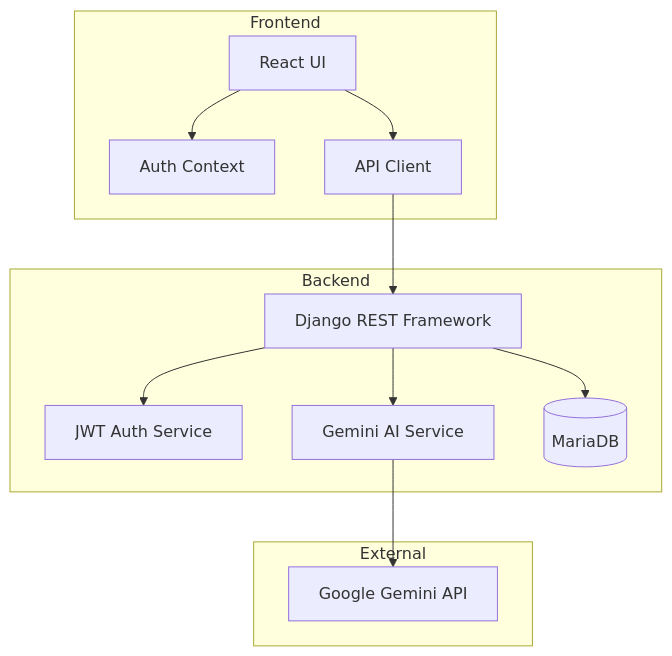
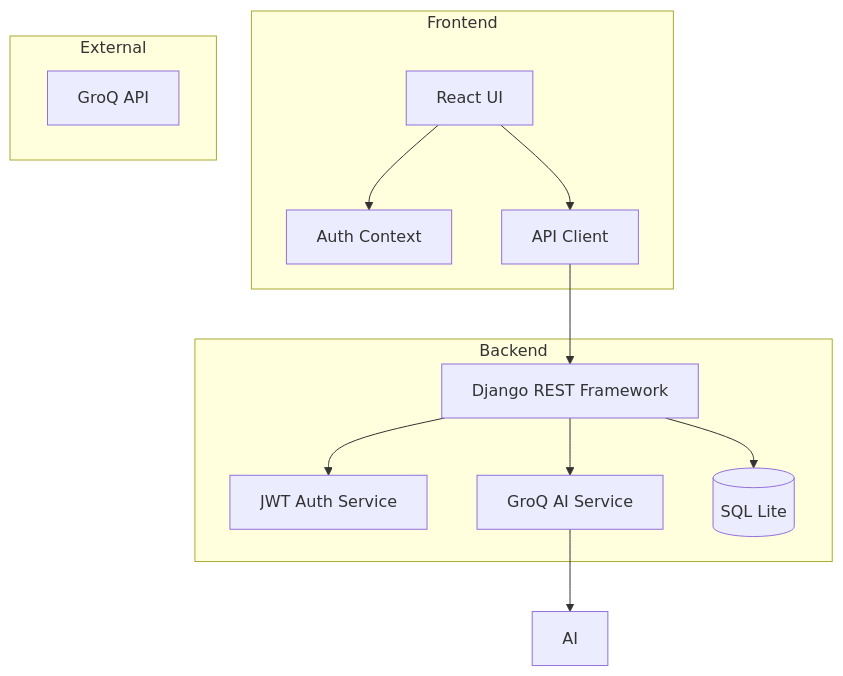
The first of 2 diagrams in README.md (TeddyJubu/Travel-Itinerary-Planner), drawn with Mermaid before and after one commit. The commit also changed other lines of this file, not shown here.

````diff
--- a/README.md
+++ b/README.md
@@ -54,28 +54,28 @@
 ```mermaid
 graph TD
     subgraph Frontend
         UI[React UI]
         Auth[Auth Context]
         API[API Client]
         UI --> Auth
         UI --> API
     end
 
     subgraph Backend
         DRF[Django REST Framework]
         AuthService[JWT Auth Service]
-        Gemini[Gemini AI Service]
-        DB[(MariaDB)]
+        GroQ[GroQ AI Service]
+        DB[(SQL Lite)]
         
         DRF --> AuthService
-        DRF --> Gemini
+        DRF --> GroQ
         DRF --> DB
     end
 
     subgraph External
-        GoogleAI[Google Gemini API]
+        GroQAI[GroQ API]
     end
 
     API --> DRF
-    Gemini --> GoogleAI
+    GroQ --> AI
 ```
````
